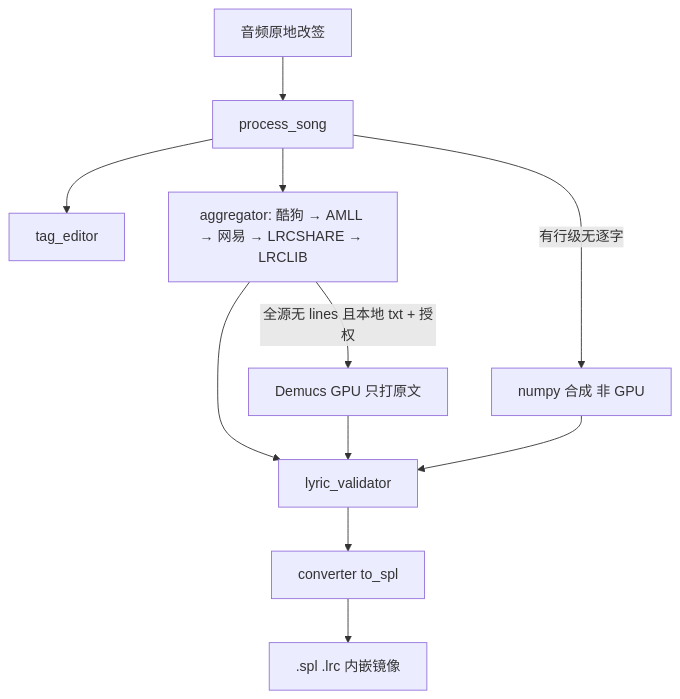
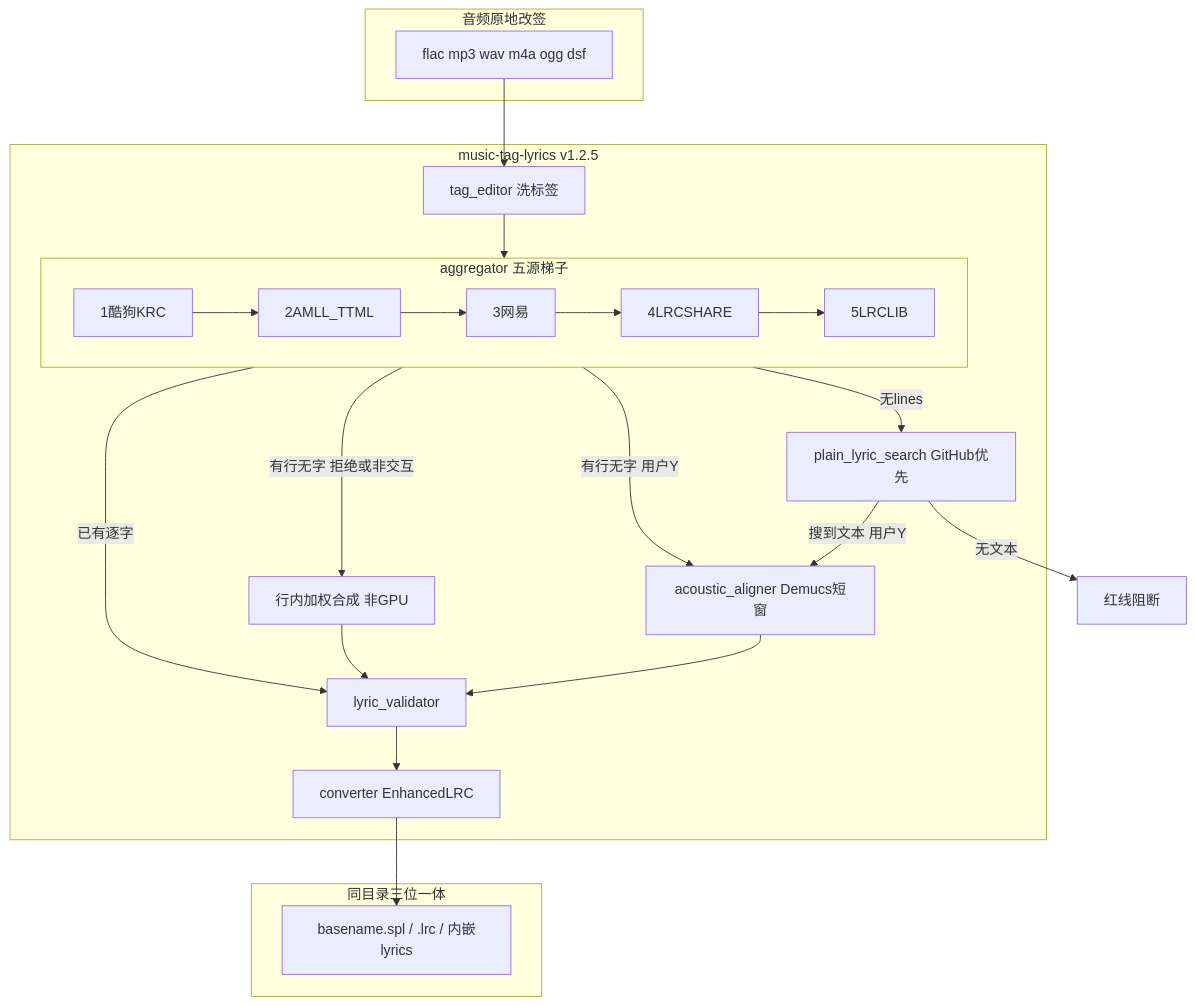
The first of 2 diagrams in README.md (sxsxhhi/music-tag-lyrics), drawn with Mermaid before and after one commit. The commit also changed other lines of this file and 8 other files, not shown here.

````diff
--- a/README.md
+++ b/README.md
@@ -60,13 +60,35 @@
 ```mermaid
 flowchart TD
-  Audio[音频原地改签] --> Process[process_song]
-  Process --> Tags[tag_editor]
-  Process --> Agg["aggregator: 酷狗 → AMLL → 网易 → LRCSHARE → LRCLIB"]
-  Agg -->|全源无 lines 且本地 txt + 授权| GPU[Demucs GPU 只打原文]
-  Agg --> Valid[lyric_validator]
+  subgraph host [音频原地改签]
+    Audio[flac mp3 wav m4a ogg dsf]
+  end
+  subgraph skill [music-tag-lyrics v1.2.5]
+    Tags[tag_editor 洗标签]
+    subgraph agg [aggregator 五源梯子]
+      Kugou[1酷狗KRC]
+      Amll[2AMLL_TTML]
+      Netease[3网易]
+      Lrcs[4LRCSHARE]
+      Lrclib[5LRCLIB]
+      Kugou --> Amll --> Netease --> Lrcs --> Lrclib
+    end
+    Valid[lyric_validator]
+    Conv[converter EnhancedLRC]
+    GPU[acoustic_aligner Demucs短窗]
+    Synth[行内加权合成 非GPU]
+    Search[plain_lyric_search GitHub优先]
+  end
+  subgraph out [同目录三位一体]
+    Files["basename.spl / .lrc / 内嵌lyrics"]
+  end
+  Audio --> Tags --> agg
+  agg -->|已有逐字| Valid
+  agg -->|有行无字 用户Y| GPU
+  agg -->|有行无字 拒绝或非交互| Synth
+  agg -->|无lines| Search
+  Search -->|搜到文本 用户Y| GPU
+  Search -->|无文本| Block[红线阻断]
   GPU --> Valid
-  Process -->|有行级无逐字| Synth[numpy 合成 非 GPU]
   Synth --> Valid
-  Valid --> Conv[converter to_spl]
-  Conv --> Out[".spl .lrc 内嵌镜像"]
+  Valid --> Conv --> Files
 ```
````
